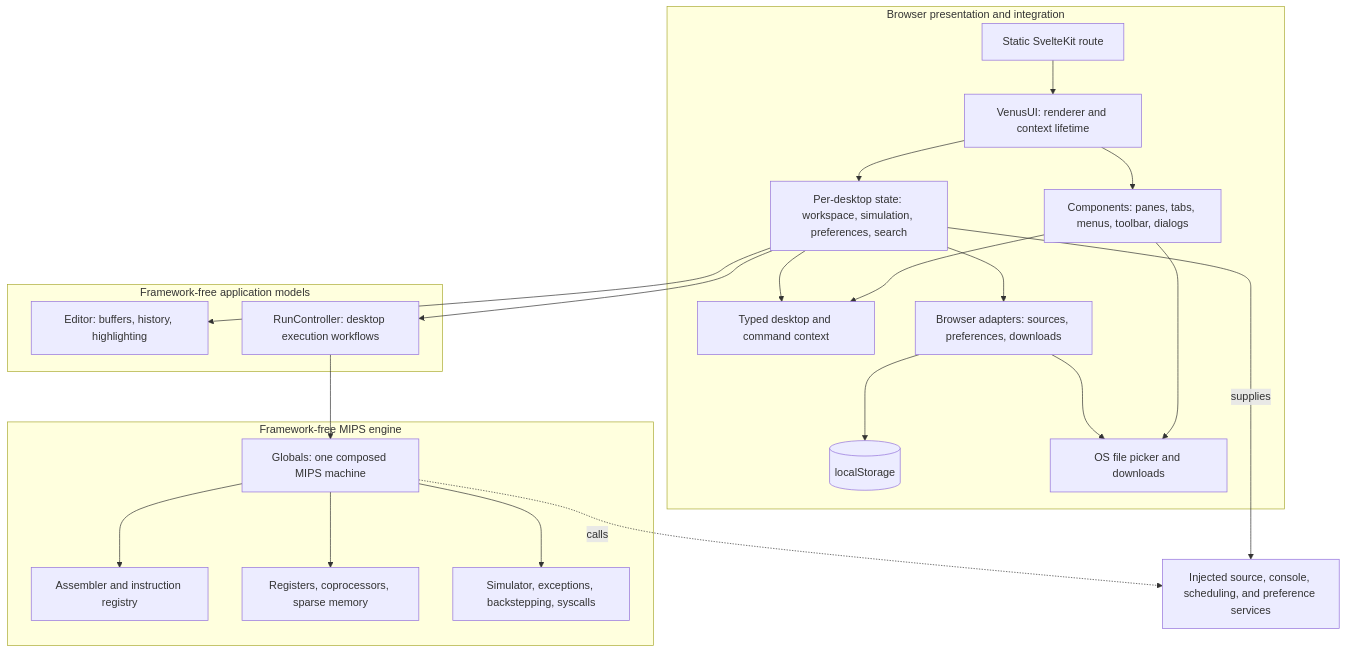
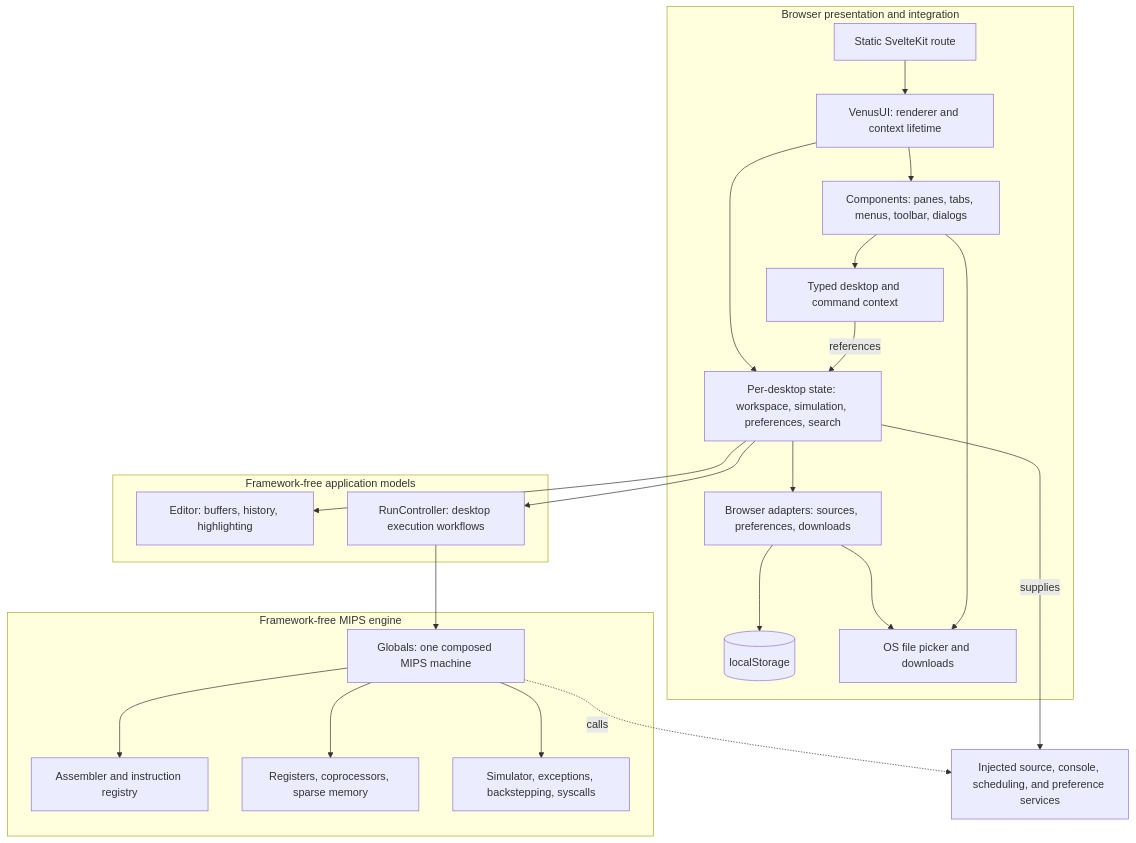
The first of 5 diagrams in IMPLEMENTATION.md (awpala/MARS-ts), drawn with Mermaid before and after one commit. The commit also changed 4 other files, not shown here.

Commit message:
docs: true-up diagrams

````diff
--- a/IMPLEMENTATION.md
+++ b/IMPLEMENTATION.md
@@ -61,29 +61,29 @@
 ```mermaid
 flowchart TB
     subgraph Browser["Browser presentation and integration"]
         Route["Static SvelteKit route"] --> Desktop["VenusUI: renderer and context lifetime"]
         Desktop --> Components["Components: panes, tabs, menus, toolbar, dialogs"]
         Desktop --> State["Per-desktop state: workspace, simulation, preferences, search"]
-        State --> Commands["Typed desktop and command context"]
+        Commands["Typed desktop and command context"] -->|references| State
         Components --> Commands
         State --> Adapters["Browser adapters: sources, preferences, downloads"]
         Adapters --> Storage[("localStorage")]
         Adapters --> Files["OS file picker and downloads"]
         Components --> Files
     end
     subgraph Models["Framework-free application models"]
         Editor["Editor: buffers, history, highlighting"]
         Controller["RunController: desktop execution workflows"]
     end
     subgraph Core["Framework-free MIPS engine"]
         Engine["Globals: one composed MIPS machine"]
         Engine --> Assembly["Assembler and instruction registry"]
         Engine --> Hardware["Registers, coprocessors, sparse memory"]
         Engine --> Simulation["Simulator, exceptions, backstepping, syscalls"]
     end
     State --> Editor
     State --> Controller
     Controller --> Engine
     State -->|supplies| Host["Injected source, console, scheduling, and preference services"]
     Engine -.->|calls| Host
 ```
````
